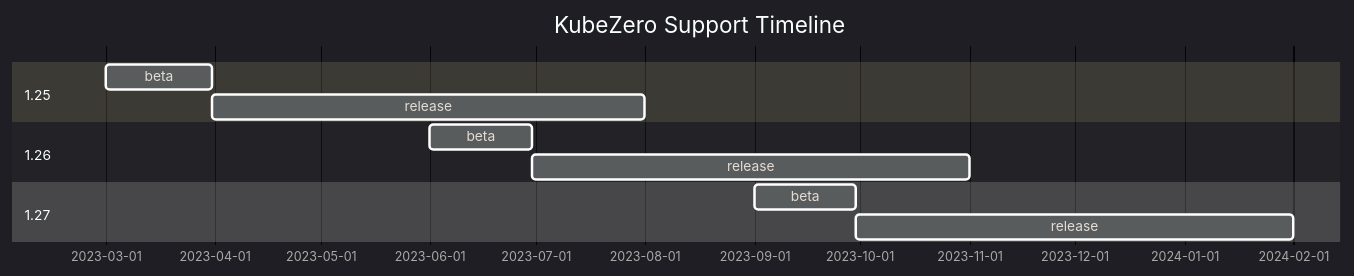
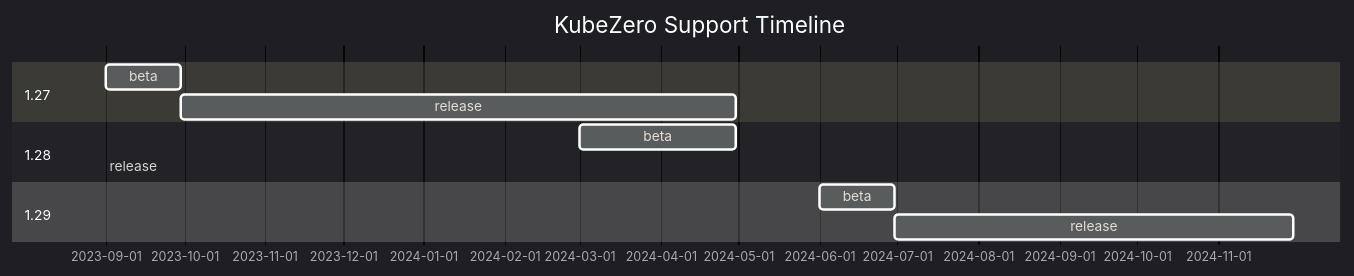
The diagram in README.md (Zero-Down-Time/kubezero), drawn with Mermaid before and after one commit. The commit also changed other lines of this file and 5 other files, not shown here.

Commit message:
docs: update support timeline

````diff
--- a/README.md
+++ b/README.md
@@ -26,15 +26,15 @@
 ```mermaid
 %%{init: {'theme':'dark'}}%%
 gantt
     title KubeZero Support Timeline
     dateFormat  YYYY-MM-DD
-    section 1.25
-    beta     :125b, 2023-03-01, 2023-03-31
-    release  :after 125b, 2023-08-01
-    section 1.26
-    beta     :126b, 2023-06-01, 2023-06-30
-    release  :after 126b, 2023-11-01
     section 1.27
     beta     :127b, 2023-09-01, 2023-09-30
-    release  :after 127b, 2024-02-01
+    release  :after 127b, 2024-04-30
+    section 1.28
+    beta     :128b, 2024-03-01, 2024-04-30
+    release  :after 128b, 2023-08-31
+    section 1.29
+    beta     :129b, 2024-06-01, 2024-06-30
+    release  :after 129b, 2024-11-30
 ```
````
